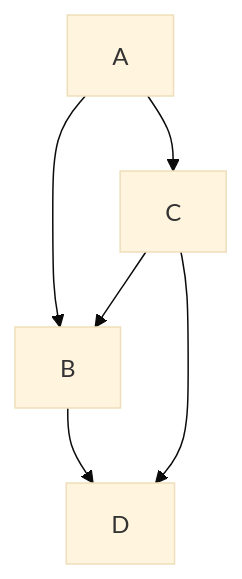
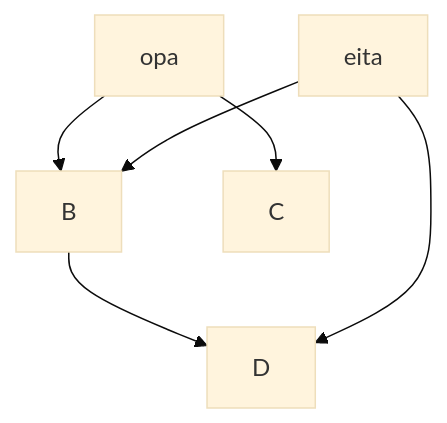
The diagram in docs/iterations/iterations.md (andreisperid/E-TKT), drawn with Mermaid (base theme) before and after one commit.

`````diff
--- a/docs/iterations/iterations.md
+++ b/docs/iterations/iterations.md
@@ -11,8 +11,8 @@
-````mermaid
+```mermaid
 graph TD;
-    A-->B;
-    A-->C;
+    opa-->B;
+    opa-->C;
     B-->D;
-    C-->D;
-    C-->B;
-````
+    eita-->D;
+    eita-->B;
+```
`````
